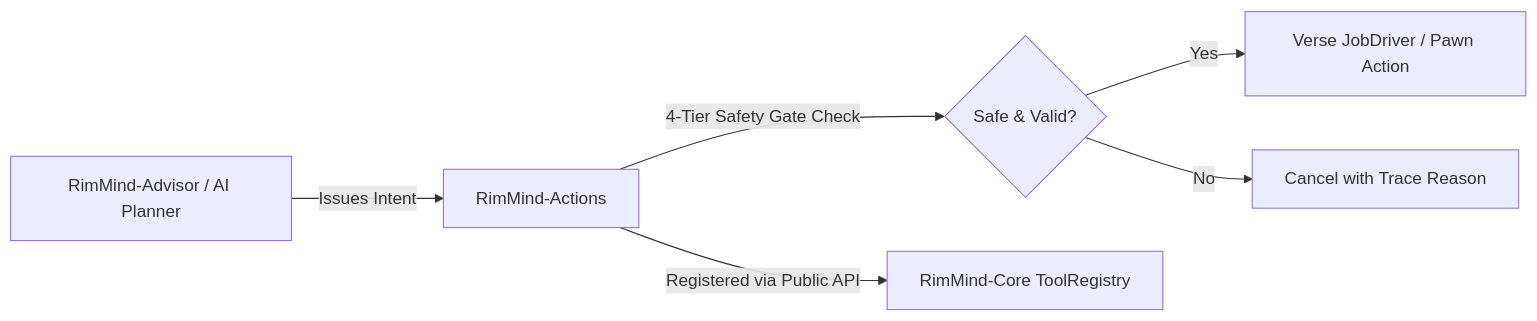
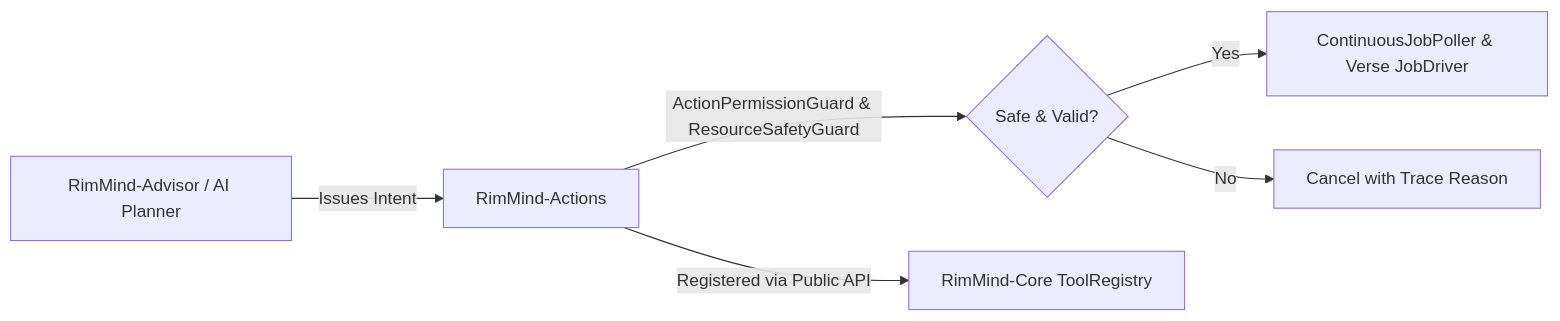
The diagram in README.md (RimWorld-RimMind-Mod/RimWorld-RimMind-Mod-Actions), drawn with Mermaid before and after one commit. The commit also changed other lines of this file and 15 other files, not shown here.

First line of the commit message:
fix(actions): continuous Blueprint-to-Frame construction lifecycle and bilingual docs (#18)

````diff
--- a/README.md
+++ b/README.md
@@ -43,8 +46,8 @@
 ```mermaid
 flowchart LR
     Advisor["RimMind-Advisor / AI Planner"] -->|Issues Intent| Actions["RimMind-Actions"]
-    Actions -->|4-Tier Safety Gate Check| Gate{"Safe & Valid?"}
-    Gate -- Yes --> Engine["Verse JobDriver / Pawn Action"]
+    Actions -->|ActionPermissionGuard & ResourceSafetyGuard| Gate{"Safe & Valid?"}
+    Gate -- Yes --> Poller["ContinuousJobPoller & Verse JobDriver"]
     Gate -- No --> Fallback["Cancel with Trace Reason"]
     Actions -->|Registered via Public API| Core["RimMind-Core ToolRegistry"]
 ```
````
